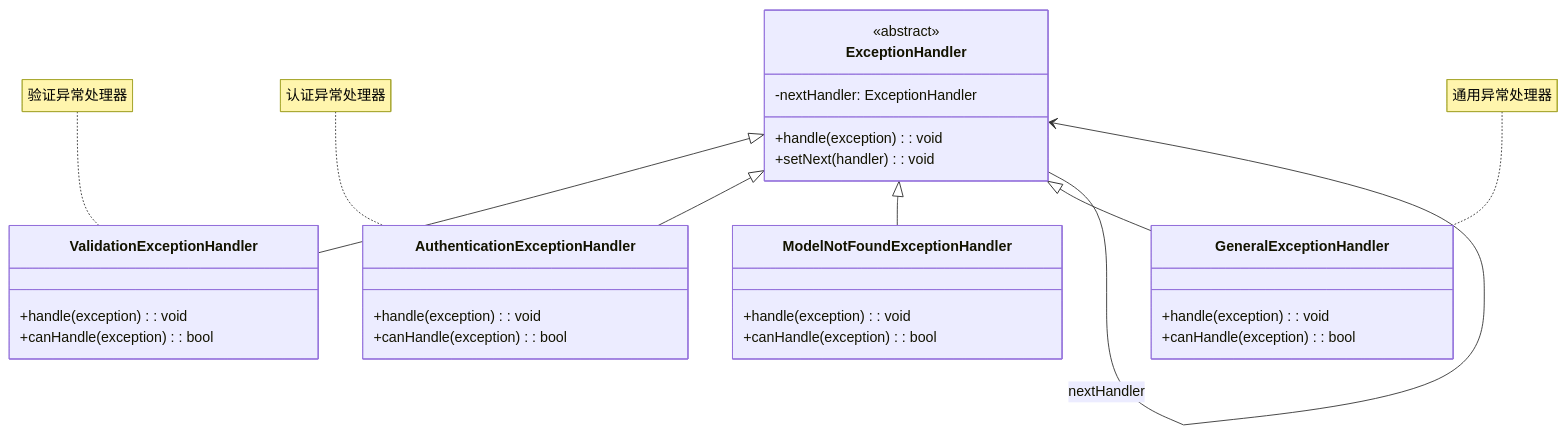
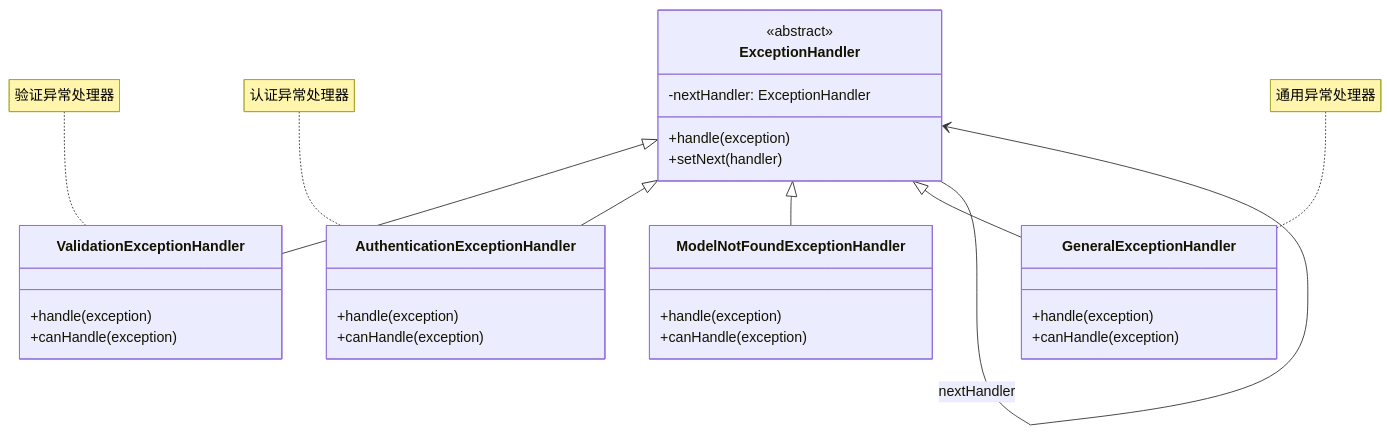
The fifth of 6 diagrams in resources/design-patterns/laravel/behavioral/chain_of_responsibility_zh.md (fanly/DesignPattern), drawn with Mermaid before and after one commit. The commit also changed other lines of this file and 103 other files, not shown here.

````diff
--- a/resources/design-patterns/laravel/behavioral/chain_of_responsibility_zh.md
+++ b/resources/design-patterns/laravel/behavioral/chain_of_responsibility_zh.md
@@ -148,39 +148,39 @@
 ```mermaid
 classDiagram
     class ExceptionHandler {
         <<abstract>>
         -nextHandler: ExceptionHandler
-        +handle(exception): void
-        +setNext(handler): void
+        +handle(exception)
+        +setNext(handler)
     }
     
     class ValidationExceptionHandler {
-        +handle(exception): void
-        +canHandle(exception): bool
+        +handle(exception)
+        +canHandle(exception)
     }
     
     class AuthenticationExceptionHandler {
-        +handle(exception): void
-        +canHandle(exception): bool
+        +handle(exception)
+        +canHandle(exception)
     }
     
     class ModelNotFoundExceptionHandler {
-        +handle(exception): void
-        +canHandle(exception): bool
+        +handle(exception)
+        +canHandle(exception)
     }
     
     class GeneralExceptionHandler {
-        +handle(exception): void
-        +canHandle(exception): bool
+        +handle(exception)
+        +canHandle(exception)
     }
     
     ExceptionHandler <|-- ValidationExceptionHandler
     ExceptionHandler <|-- AuthenticationExceptionHandler
     ExceptionHandler <|-- ModelNotFoundExceptionHandler
     ExceptionHandler <|-- GeneralExceptionHandler
     ExceptionHandler --> ExceptionHandler : nextHandler
     
     note for ValidationExceptionHandler "验证异常处理器"
     note for AuthenticationExceptionHandler "认证异常处理器"
     note for GeneralExceptionHandler "通用异常处理器"
 ```
````
